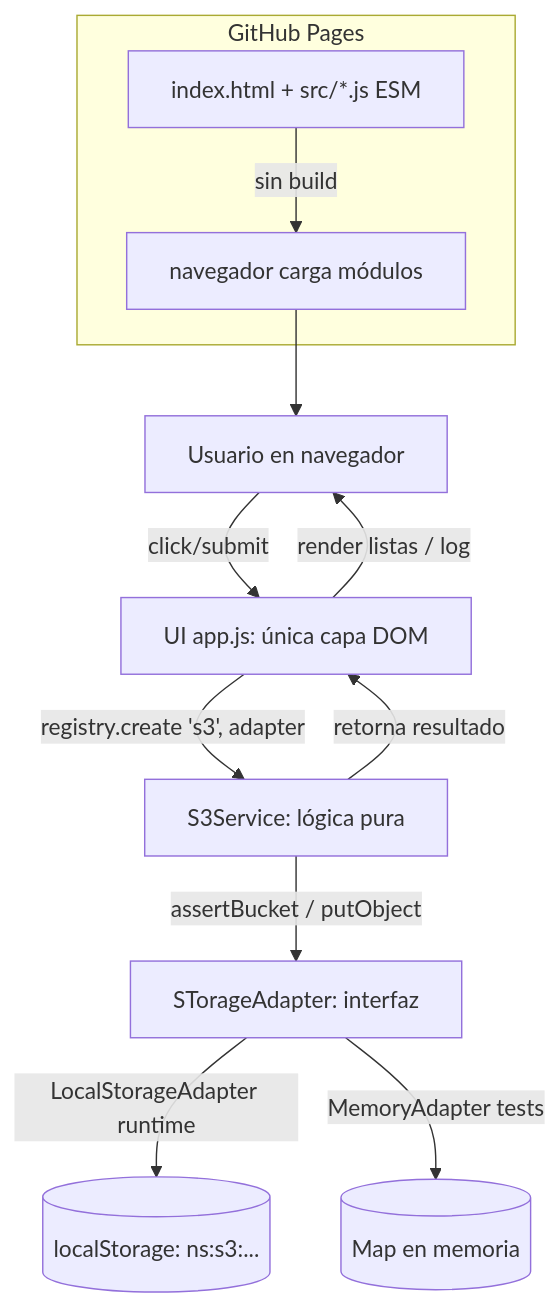
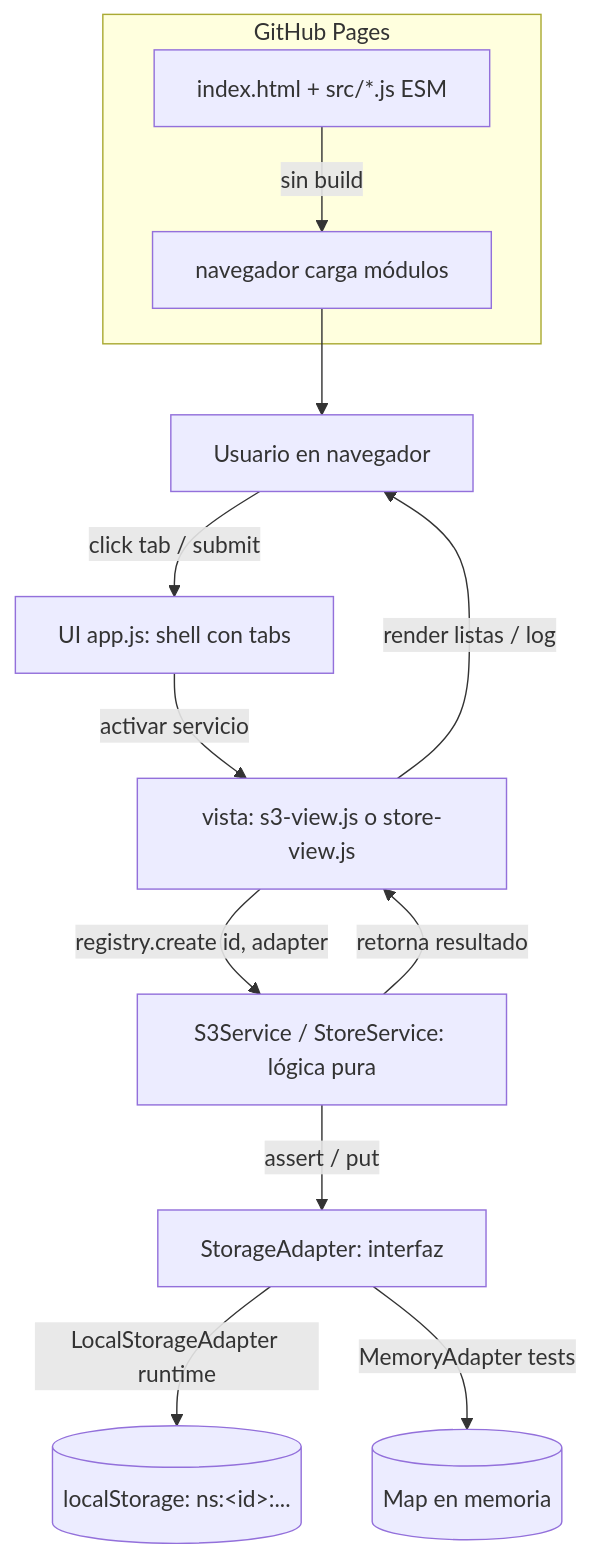
The diagram in diagramas/mecanismo-waah.mmd (nedder3/waah), drawn with Mermaid before and after one commit. The commit also changed 10 other files, not shown here.

Commit message:
feat(waah): Store (Dynamo-like) service + shell UI con tabs por servicio

```diff
--- a/diagramas/mecanismo-waah.mmd
+++ b/diagramas/mecanismo-waah.mmd
@@ -1,16 +1,17 @@
 %% WAHH — diagrama de mecanismo (no de caja). Regla: mostrar flujo, no organigrama.
 %% Cómo viaja una acción del usuario hasta el storage.
 
 flowchart TD
-  U[Usuario en navegador] -->|click/submit| DOM[UI app.js: única capa DOM]
-  DOM -->|registry.create 's3', adapter| SVC[S3Service: lógica pura]
-  SVC -->|assertBucket / putObject| AD[STorageAdapter: interfaz]
-  AD -->|LocalStorageAdapter runtime| LS[(localStorage: ns:s3:...)]
+  U[Usuario en navegador] -->|click tab / submit| SHELL[UI app.js: shell con tabs]
+  SHELL -->|activar servicio| VIEW[vista: s3-view.js o store-view.js]
+  VIEW -->|registry.create id, adapter| SVC[S3Service / StoreService: lógica pura]
+  SVC -->|assert / put| AD[StorageAdapter: interfaz]
+  AD -->|LocalStorageAdapter runtime| LS[(localStorage: ns:&lt;id&gt;:...)]
   AD -->|MemoryAdapter tests| MEM[(Map en memoria)]
-  SVC -->|retorna resultado| DOM
-  DOM -->|render listas / log| U
+  SVC -->|retorna resultado| VIEW
+  VIEW -->|render listas / log| U
 
   subgraph despliegue[GitHub Pages]
     STATIC[index.html + src/*.js ESM] -->|sin build| BROWSER[navegador carga módulos]
   end
   BROWSER --> U
```
